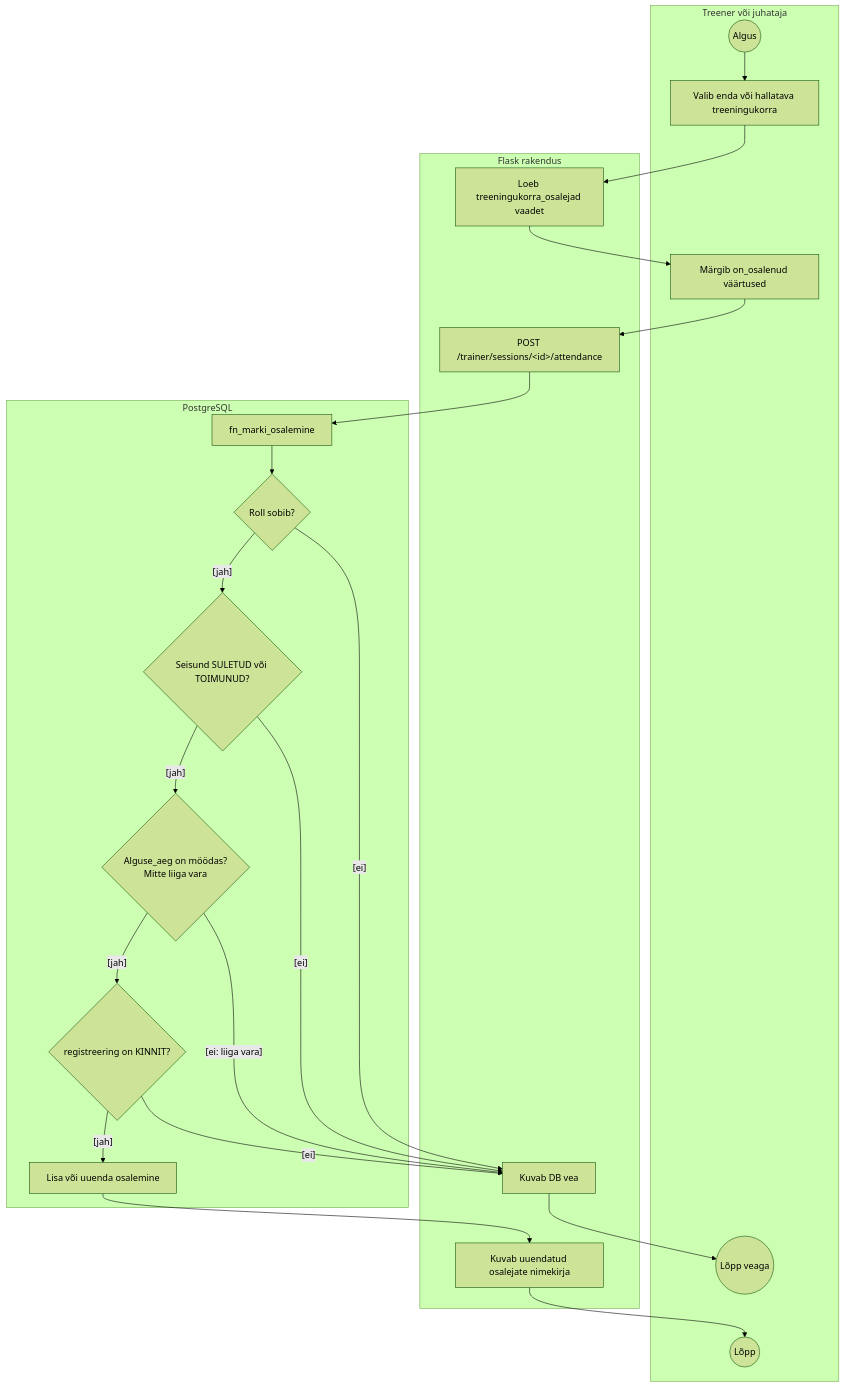
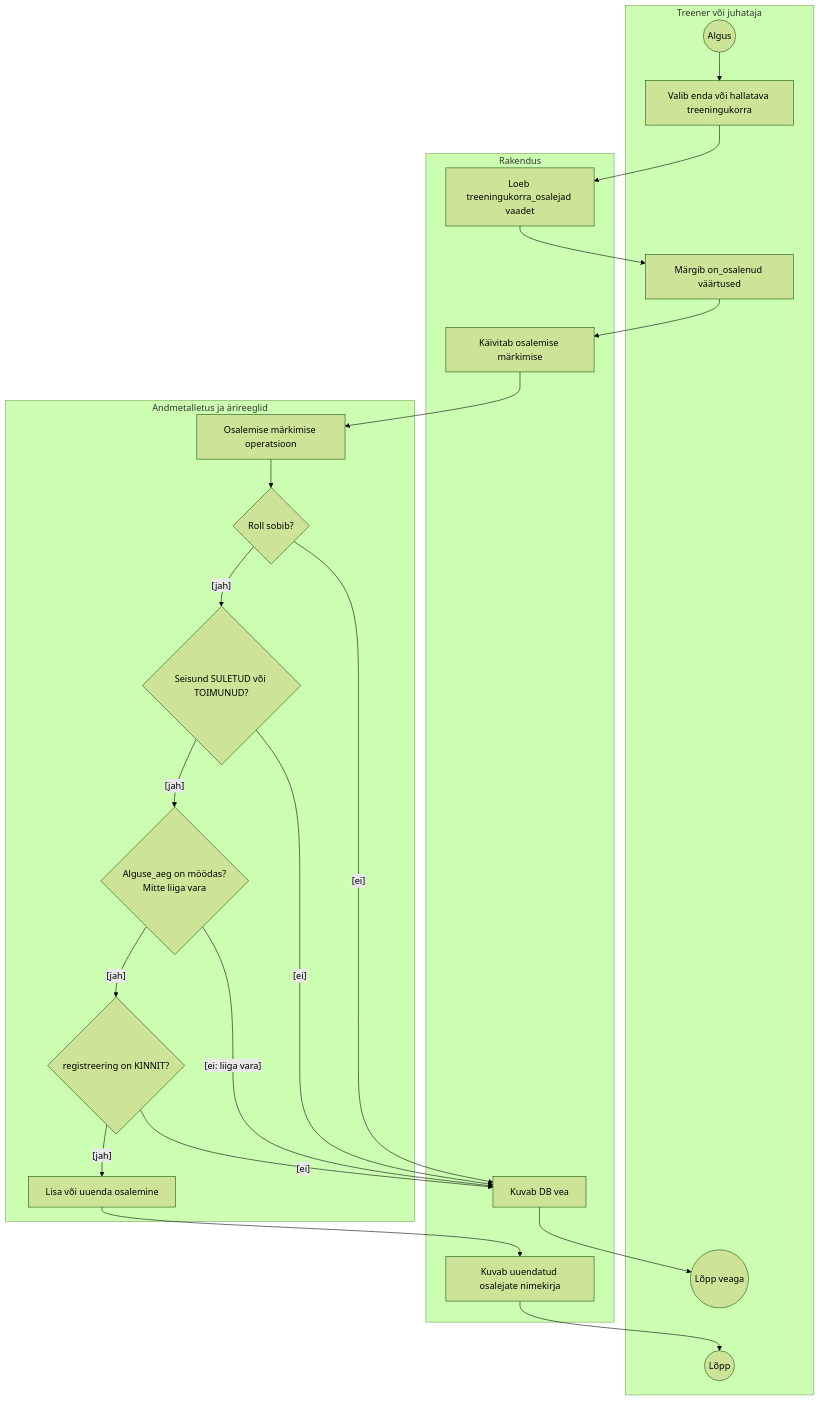
One commit to tamkivi/andmebaasid-projekt changed the diagram in diagrams/10_attendance_activity.mmd. Above: the diagram before and after it, drawn with Mermaid (forest theme). The commit also changed 26 other files, not shown here.

```diff
--- a/diagrams/10_attendance_activity.mmd
+++ b/diagrams/10_attendance_activity.mmd
@@ -1,35 +1,35 @@
 flowchart TB
     subgraph LANE_T["Treener või juhataja"]
         START((Algus))
         CHOOSE["Valib enda või hallatava treeningukorra"]
         MARK["Märgib on_osalenud väärtused"]
         ENDOK((Lõpp))
         ENDERR((Lõpp veaga))
     end
 
-    subgraph LANE_F["Flask rakendus"]
+    subgraph LANE_F["Rakendus"]
         ROSTER["Loeb treeningukorra_osalejad vaadet"]
-        ROUTE["POST /trainer/sessions/&lt;id&gt;/attendance"]
+        ROUTE["Käivitab osalemise märkimise"]
         VIEW["Kuvab uuendatud osalejate nimekirja"]
         ERR["Kuvab DB vea"]
     end
 
-    subgraph LANE_DB["PostgreSQL"]
-        FN["fn_marki_osalemine"]
+    subgraph LANE_DB["Andmetalletus ja ärireeglid"]
+        FN["Osalemise märkimise operatsioon"]
         ROLE{"Roll sobib?"}
         STATE{"Seisund SULETUD või TOIMUNUD?"}
         TIME{"Alguse_aeg on möödas?\nMitte liiga vara"}
         REG{"registreering on KINNIT?"}
         SAVE["Lisa või uuenda osalemine"]
     end
 
     START --> CHOOSE --> ROSTER --> MARK --> ROUTE --> FN --> ROLE
     ROLE -->|"[jah]"| STATE
     STATE -->|"[jah]"| TIME
     TIME -->|"[jah]"| REG
     REG -->|"[jah]"| SAVE --> VIEW --> ENDOK
 
     ROLE -->|"[ei]"| ERR --> ENDERR
     STATE -->|"[ei]"| ERR
     TIME -->|"[ei: liiga vara]"| ERR
     REG -->|"[ei]"| ERR
```
